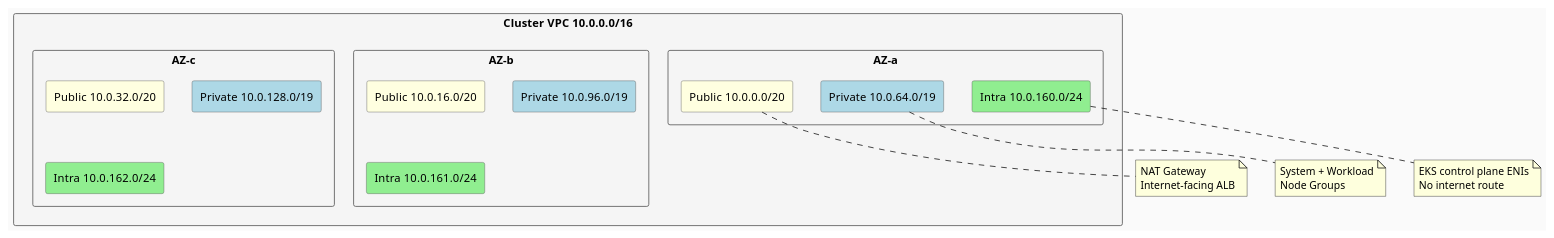
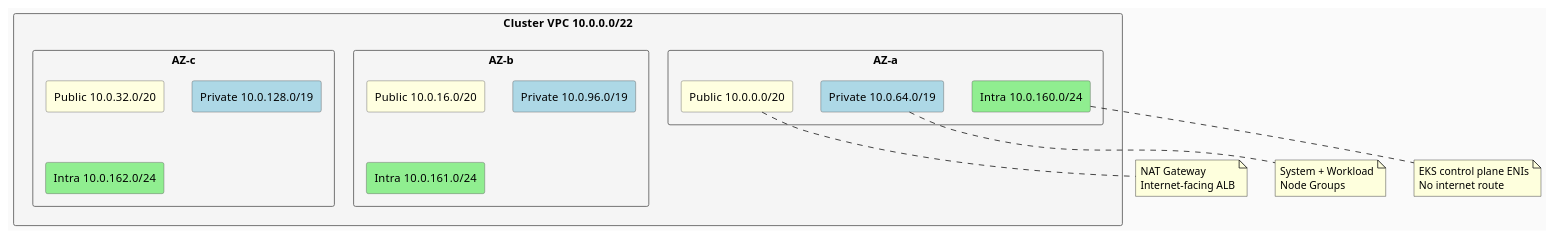
The first of 2 diagrams in docs/network.md (zbitmanis/k8s-on-demand), drawn with PlantUML before and after one commit. The commit also changed 10 other files, not shown here.

````diff
--- a/docs/network.md
+++ b/docs/network.md
@@ -12,30 +12,30 @@
 ```plantuml
 @startuml
 skinparam backgroundColor #FAFAFA
 skinparam defaultFontName Arial
 skinparam rectangleBorderColor #555555
 skinparam rectangleBackgroundColor #F5F5F5
 
-rectangle "Cluster VPC  10.0.0.0/16" {
+rectangle "Cluster VPC  10.0.0.0/22" {
   rectangle "AZ-a" {
     rectangle "Public  10.0.0.0/20" as pub_a #LightYellow
     rectangle "Private  10.0.64.0/19" as priv_a #LightBlue
     rectangle "Intra  10.0.160.0/24" as intra_a #LightGreen
   }
   rectangle "AZ-b" {
     rectangle "Public  10.0.16.0/20" as pub_b #LightYellow
     rectangle "Private  10.0.96.0/19" as priv_b #LightBlue
     rectangle "Intra  10.0.161.0/24" as intra_b #LightGreen
   }
   rectangle "AZ-c" {
     rectangle "Public  10.0.32.0/20" as pub_c #LightYellow
     rectangle "Private  10.0.128.0/19" as priv_c #LightBlue
     rectangle "Intra  10.0.162.0/24" as intra_c #LightGreen
   }
 }
 
 note bottom of pub_a : NAT Gateway\nInternet-facing ALB
 note bottom of priv_a : System + Workload\nNode Groups
 note bottom of intra_a : EKS control plane ENIs\nNo internet route
 @enduml
 ```
````
